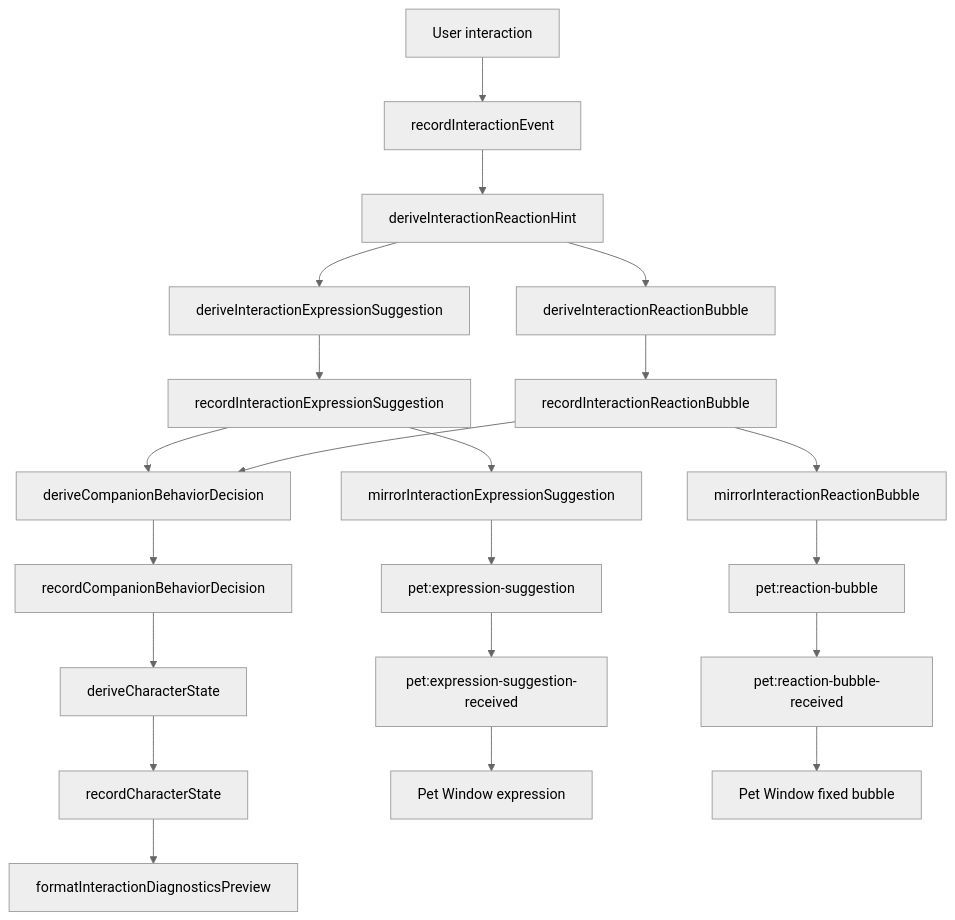
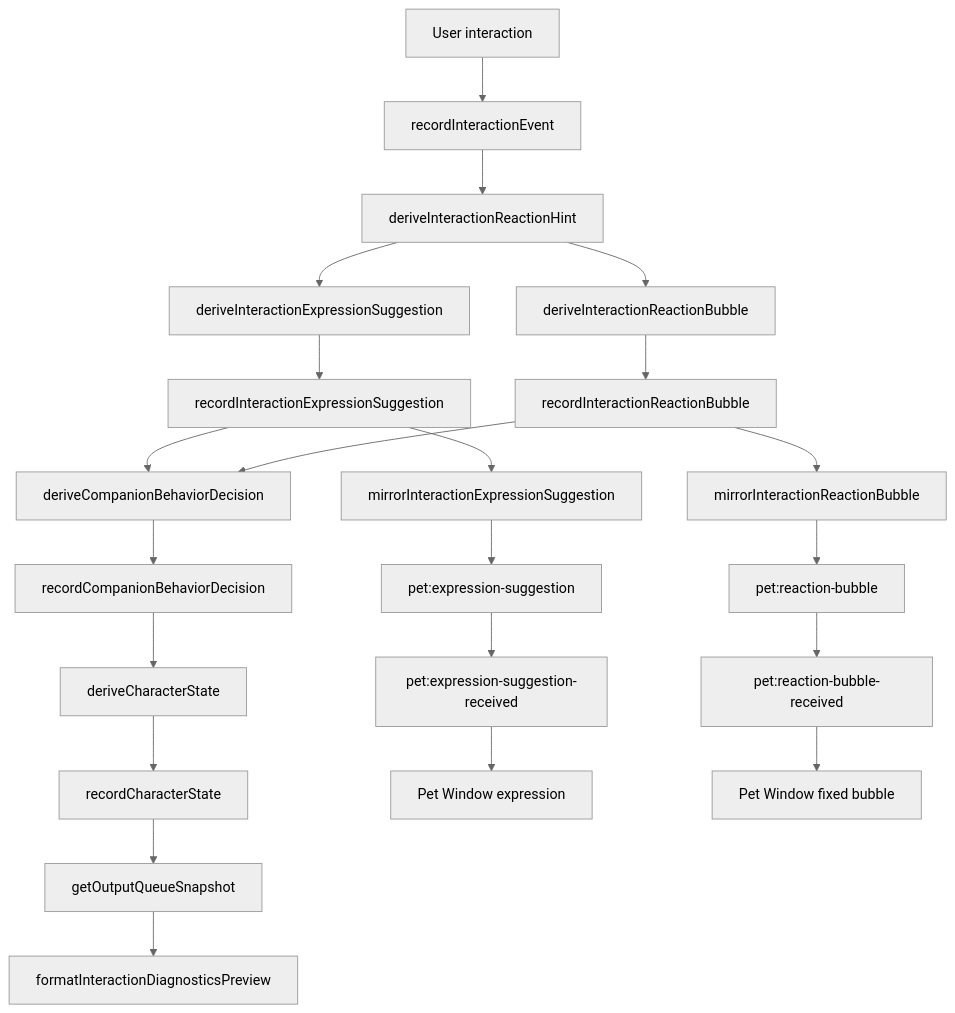
One commit to RickHSIAO/Dragon-pet-AI changed the diagram in docs/INTERACTIVE_COMPANION_ARCHITECTURE.md. Above: the diagram before and after it, drawn with Mermaid (neutral theme). The commit also changed other lines of this file and 7 other files, not shown here.

Commit message:
feat: TASK-228 add disabled output queue skeleton

````diff
--- a/docs/INTERACTIVE_COMPANION_ARCHITECTURE.md
+++ b/docs/INTERACTIVE_COMPANION_ARCHITECTURE.md
@@ -65,23 +67,24 @@
 ```mermaid
 flowchart TD
   A[User interaction] --> B[recordInteractionEvent]
   B --> C[deriveInteractionReactionHint]
   C --> D[deriveInteractionExpressionSuggestion]
   C --> E[deriveInteractionReactionBubble]
   D --> F[recordInteractionExpressionSuggestion]
   E --> G[recordInteractionReactionBubble]
   F --> H[deriveCompanionBehaviorDecision]
   G --> H
   H --> I[recordCompanionBehaviorDecision]
   I --> R[deriveCharacterState]
   R --> S[recordCharacterState]
-  S --> T[formatInteractionDiagnosticsPreview]
+  S --> U[getOutputQueueSnapshot]
+  U --> T[formatInteractionDiagnosticsPreview]
   F --> J[mirrorInteractionExpressionSuggestion]
   J --> K[pet:expression-suggestion]
   K --> L[pet:expression-suggestion-received]
   L --> M[Pet Window expression]
   G --> N[mirrorInteractionReactionBubble]
   N --> O[pet:reaction-bubble]
   O --> P[pet:reaction-bubble-received]
   P --> Q[Pet Window fixed bubble]
 ```
````
